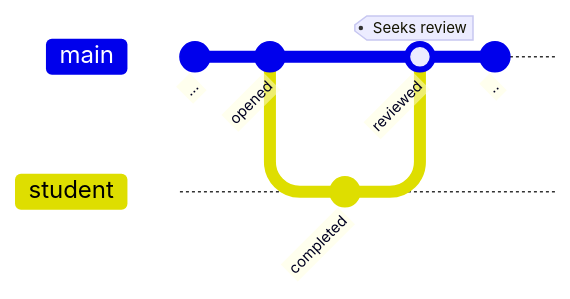
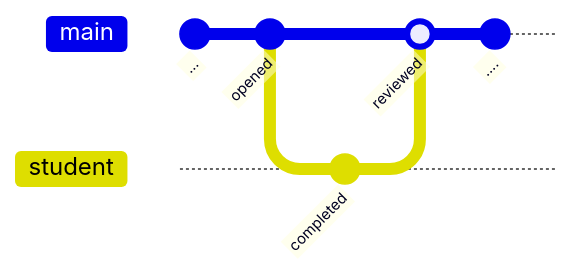
Before and after one commit to d33bs/set-website: the fourth of 5 diagrams in _posts/2023-02-13-Git-Practices.md, drawn with Mermaid. The commit also changed other lines of this file, not shown here.

Commit message:
chunked diagrams and branch content

````diff
--- a/_posts/2023-02-13-Git-Practices.md
+++ b/_posts/2023-02-13-Git-Practices.md
@@ -48,11 +84,12 @@
 ```mermaid
     gitGraph
        commit id: "..."
        commit id: "opened"
        branch student
        checkout student
        commit id: "completed"
        checkout main
-       merge student id: "reviewed" tag: "Seeks review"
-       commit id: ".." 
+       merge student id: "reviewed"
+       commit id: "...."
+
 ```
````
